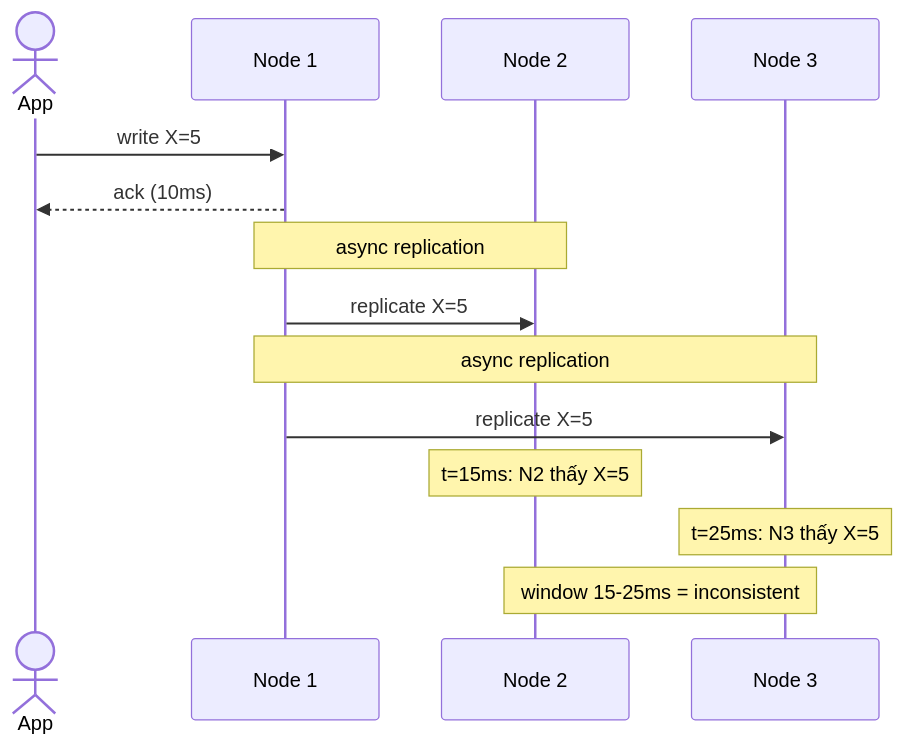
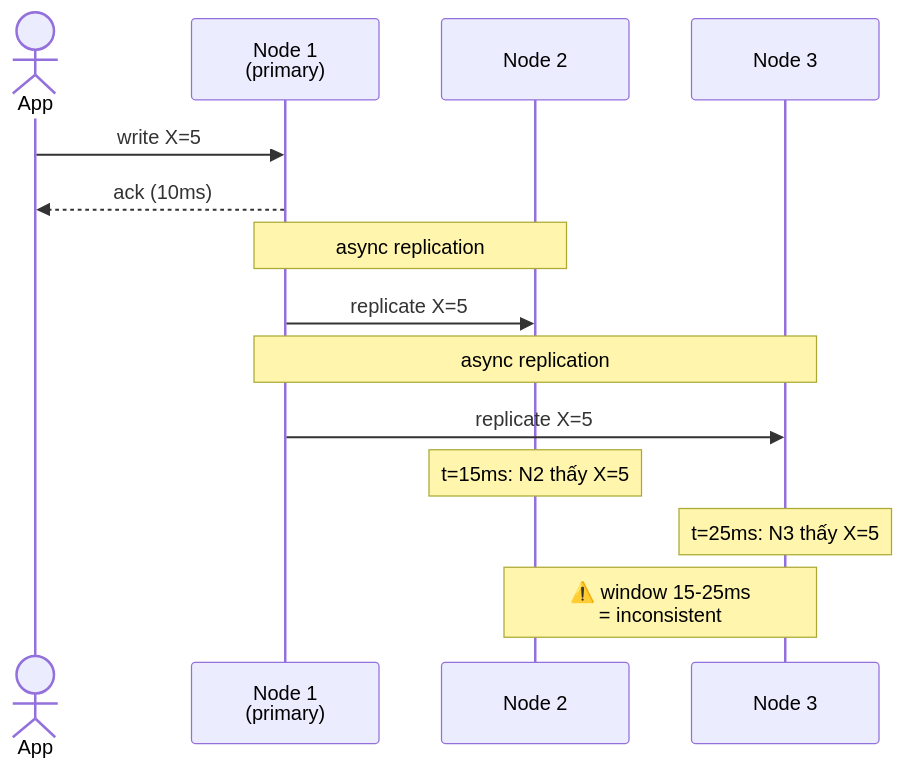
One commit to ankinguyen-engineer-2002/realtime-data-ai-platform-digital-twin changed the second of 4 diagrams in learning/00-mental-models/08-eventual-consistency.md. Above: the diagram before and after it, drawn with Mermaid. The commit also changed other lines of this file and 3 other files, not shown here.

````diff
--- a/learning/00-mental-models/08-eventual-consistency.md
+++ b/learning/00-mental-models/08-eventual-consistency.md
@@ -117,19 +231,19 @@
 ```mermaid
 sequenceDiagram
     actor U as App
-    participant N1 as Node 1
+    participant N1 as Node 1<br/>(primary)
     participant N2 as Node 2
     participant N3 as Node 3
 
     U->>N1: write X=5
     N1-->>U: ack (10ms)
 
     Note over N1,N2: async replication
     N1->>N2: replicate X=5
     Note over N1,N3: async replication
     N1->>N3: replicate X=5
 
     Note over N2: t=15ms: N2 thấy X=5
     Note over N3: t=25ms: N3 thấy X=5
-    Note over N2,N3: window 15-25ms = inconsistent
+    Note over N2,N3: ⚠️ window 15-25ms<br/>= inconsistent
 ```
````
